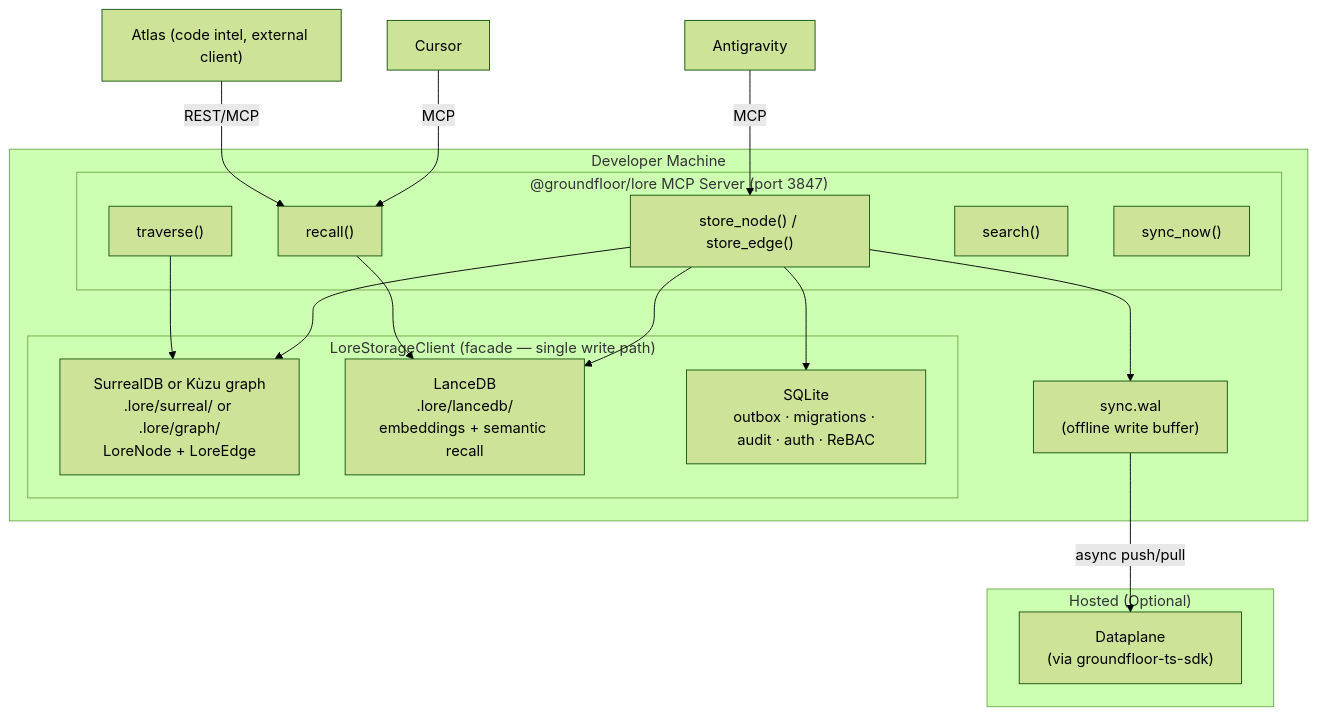
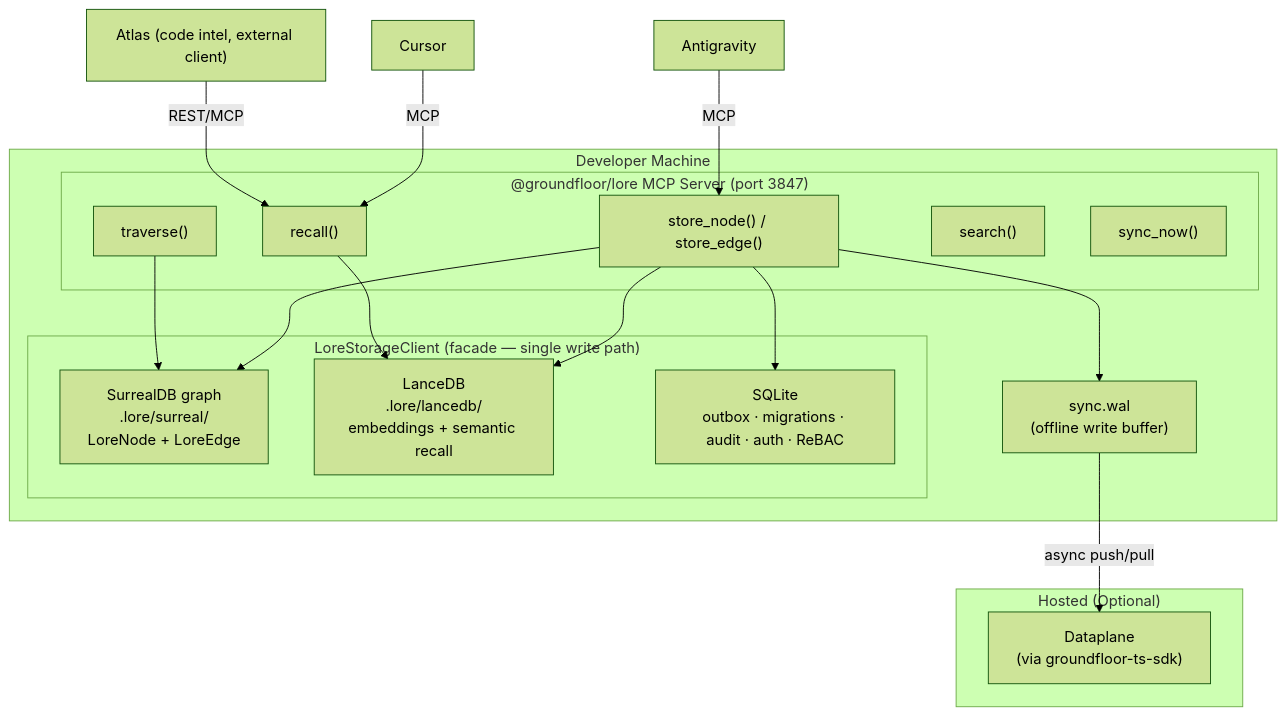
One commit to rafidowla/groundfloor-lore changed the diagram in docs/architecture.md. Above: the diagram before and after it, drawn with Mermaid (forest theme). The commit also changed other lines of this file and 482 other files, not shown here.

````diff
--- a/docs/architecture.md
+++ b/docs/architecture.md
@@ -46,34 +46,34 @@
 ```mermaid
 graph TB
     subgraph "Developer Machine"
         subgraph "@groundfloor/lore MCP Server (port 3847)"
             SN["store_node() / store_edge()"]
             RC["recall()"]
             TR["traverse()"]
             SR["search()"]
             SY["sync_now()"]
         end
         subgraph "LoreStorageClient (facade — single write path)"
-            KZ["SurrealDB or Kùzu graph<br/>.lore/surreal/ or .lore/graph/<br/>LoreNode + LoreEdge"]
+            SG["SurrealDB graph<br/>.lore/surreal/<br/>LoreNode + LoreEdge"]
             LV["LanceDB<br/>.lore/lancedb/<br/>embeddings + semantic recall"]
             SQ["SQLite<br/>outbox · migrations · audit · auth · ReBAC"]
         end
         WAL["sync.wal<br/>(offline write buffer)"]
-        SN --> KZ
+        SN --> SG
         SN --> LV
         SN --> SQ
         SN --> WAL
         RC --> LV
-        TR --> KZ
+        TR --> SG
     end
 
     subgraph "Hosted (Optional)"
         DP["Dataplane<br/>(via groundfloor-ts-sdk)"]
     end
 
     WAL -->|"async push/pull"| DP
 
     AG["Antigravity"] -->|MCP| SN
     CU["Cursor"] -->|MCP| RC
     AT["Atlas (code intel, external client)"] -->|REST/MCP| RC
 ```
````
